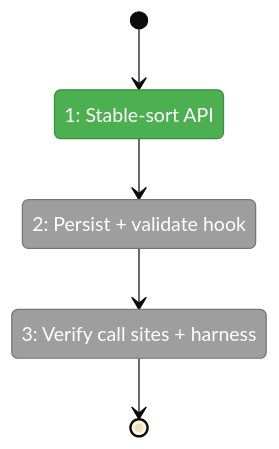
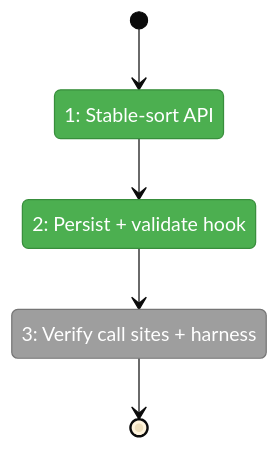
The first of 2 diagrams in docs/plans/084-random-enhancements-3/fixes/FX005-mobile-terminal-session-selection.fltplan.md (AI-Substrate/chainglass), drawn with Mermaid (base theme) before and after one commit. The commit also changed other lines of this file and 4 other files, not shown here.

````diff
--- a/docs/plans/084-random-enhancements-3/fixes/FX005-mobile-terminal-session-selection.fltplan.md
+++ b/docs/plans/084-random-enhancements-3/fixes/FX005-mobile-terminal-session-selection.fltplan.md
@@ -26,19 +26,19 @@
 ```mermaid
 stateDiagram-v2
     classDef pending fill:#9E9E9E,stroke:#757575,color:#fff
     classDef active fill:#FFC107,stroke:#FFA000,color:#000
     classDef done fill:#4CAF50,stroke:#388E3C,color:#fff
     classDef blocked fill:#F44336,stroke:#D32F2F,color:#fff
 
     state "1: Stable-sort API" as S1
     state "2: Persist + validate hook" as S2
     state "3: Verify call sites + harness" as S3
 
     [*] --> S1
     S1 --> S2
     S2 --> S3
     S3 --> [*]
 
-    class S1 done
-    class S2,S3 pending
+    class S1,S2 done
+    class S3 pending
 ```
````
